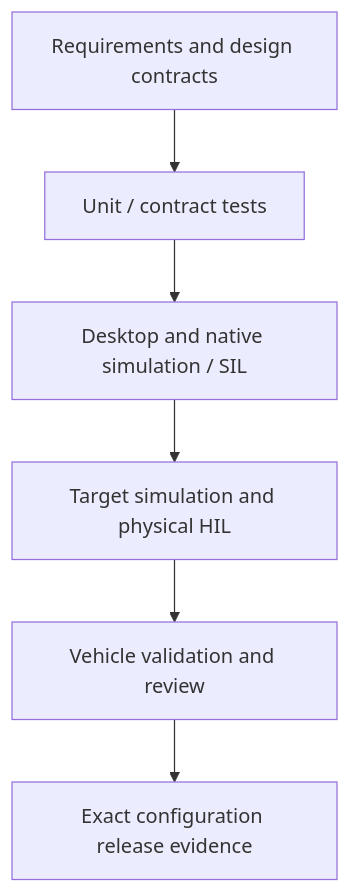
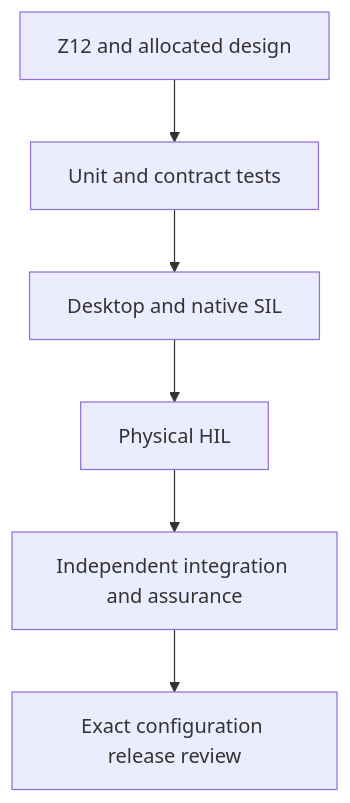
One commit to susmithmrm/ZARC changed diagram 19 of 26 in docs/architecture/diagrams/README.md. Above: the diagram before and after it, drawn with Mermaid. The commit also changed other lines of this file and 26 other files, not shown here.

Commit message:
Rework 22 architecture diagrams and add component, visibility and lifecycle views

````diff
--- a/docs/architecture/diagrams/README.md
+++ b/docs/architecture/diagrams/README.md
@@ -419,16 +265,8 @@
 ```mermaid
 flowchart TD
-  %% Verification and evidence progression
-  N0_0["Requirements and design contracts"]
-  N1_0["Unit / contract tests"]
-  N2_0["Desktop and native simulation / SIL"]
-  N3_0["Target simulation and physical HIL"]
-  N4_0["Vehicle validation and review"]
-  N5_0["Exact configuration release evidence"]
-  N0_0 --> N1_0
-  N1_0 --> N2_0
-  N2_0 --> N3_0
-  N3_0 --> N4_0
-  N4_0 --> N5_0
-  %% Simulation does not replace physical evidence. Unverified scope cannot pass release gate.
+  R[Z12 and allocated design] --> U[Unit and contract tests]
+  U --> S[Desktop and native SIL]
+  S --> H[Physical HIL]
+  H --> V[Independent integration and assurance]
+  V --> E[Exact configuration release review]
 ```
````
